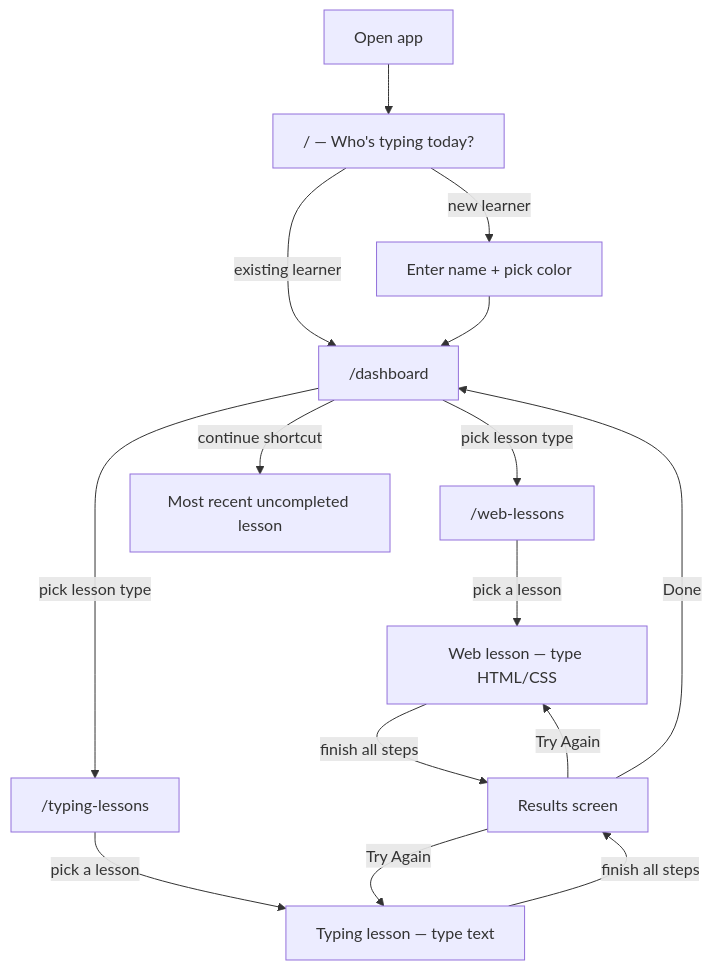
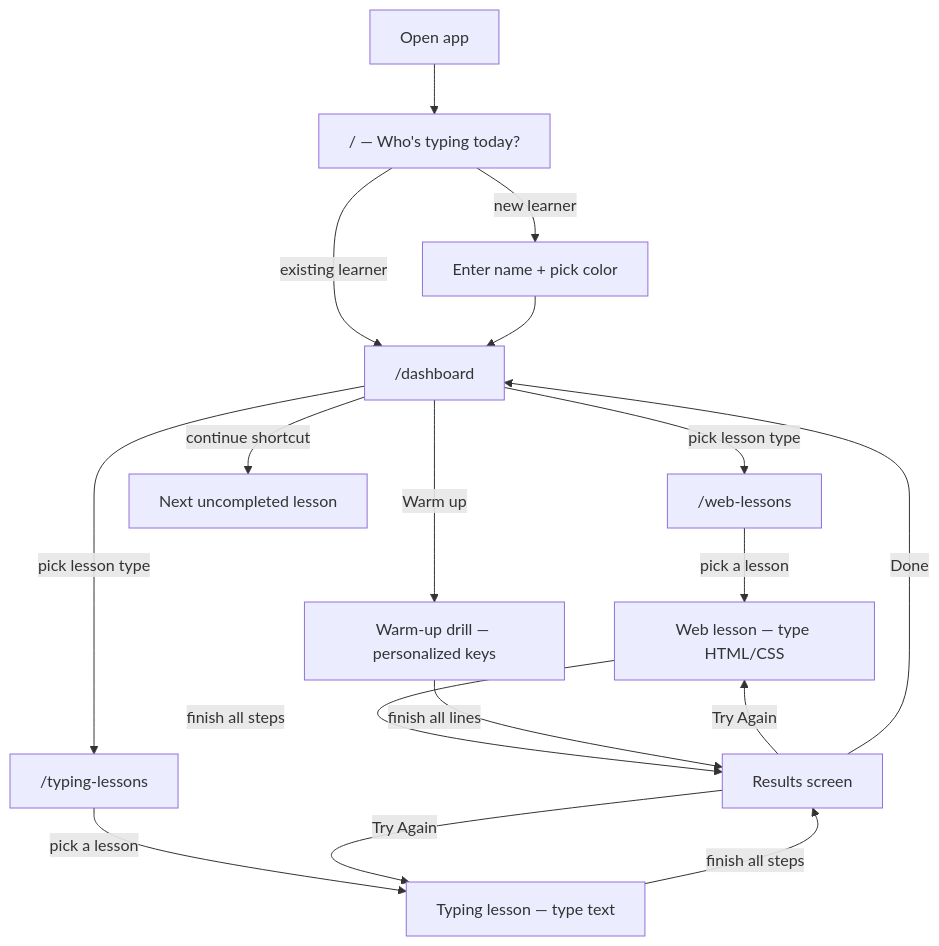
Before and after one commit to jermbo/CosmicTyper: the diagram in docs/behaviors/user-journey.md, drawn with Mermaid. The commit also changed other lines of this file and 67 other files, not shown here.

````diff
--- a/docs/behaviors/user-journey.md
+++ b/docs/behaviors/user-journey.md
@@ -19,21 +19,23 @@
 ```mermaid
 flowchart TD
     Open["Open app"] --> Select["/ — Who's typing today?"]
     Select -->|existing learner| Dashboard["/dashboard"]
     Select -->|new learner| Create["Enter name + pick color"]
     Create --> Dashboard
 
     Dashboard -->|pick lesson type| WebList["/web-lessons"]
     Dashboard -->|pick lesson type| TypingList["/typing-lessons"]
-    Dashboard -->|continue shortcut| ActiveLesson["Most recent uncompleted lesson"]
+    Dashboard -->|continue shortcut| ActiveLesson["Next uncompleted lesson"]
+    Dashboard -->|Warm up| WarmUp["Warm-up drill — personalized keys"]
 
     WebList -->|pick a lesson| WebLesson["Web lesson — type HTML/CSS"]
     TypingList -->|pick a lesson| TypingLesson["Typing lesson — type text"]
 
     WebLesson -->|finish all steps| Results["Results screen"]
     TypingLesson -->|finish all steps| Results
+    WarmUp -->|finish all lines| Results
 
     Results -->|Try Again| WebLesson
     Results -->|Try Again| TypingLesson
     Results -->|Done| Dashboard
 ```
````
